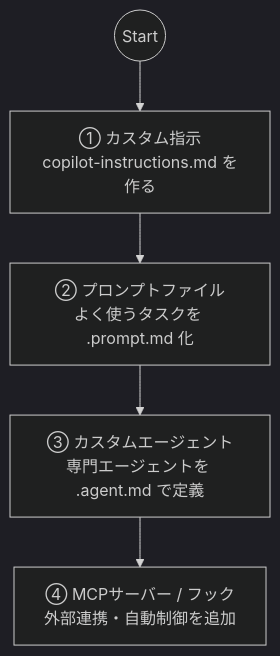
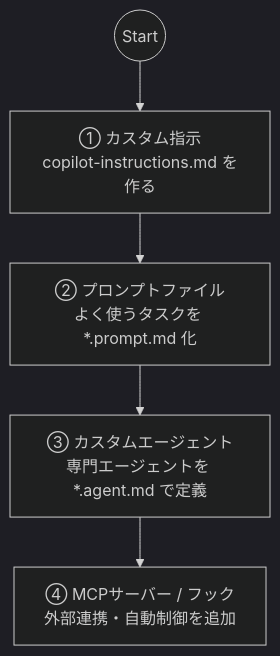
One commit to taogya/GithubCopilotCustom changed the diagram in docs/resources/diagram/00_overview_order.mmd. Above: the diagram before and after it, drawn with Mermaid (dark theme). The commit also changed 17 other files, not shown here.

```diff
--- a/docs/resources/diagram/00_overview_order.mmd
+++ b/docs/resources/diagram/00_overview_order.mmd
@@ -1,12 +1,12 @@
 graph TD
     S(("Start")) --> Step1
     Step1["① カスタム指示<br>copilot-instructions.md を作る"] --> Step2
-    Step2["② プロンプトファイル<br>よく使うタスクを .prompt.md 化"] --> Step3
-    Step3["③ カスタムエージェント<br>専門エージェントを .agent.md で定義"] --> Step4
+    Step2["② プロンプトファイル<br>よく使うタスクを *.prompt.md 化"] --> Step3
+    Step3["③ カスタムエージェント<br>専門エージェントを *.agent.md で定義"] --> Step4
     Step4["④ MCPサーバー / フック<br>外部連携・自動制御を追加"]
 
     class S neutral
     class Step1 blue
     class Step2 green
     class Step3 amber
     class Step4 purple
```
